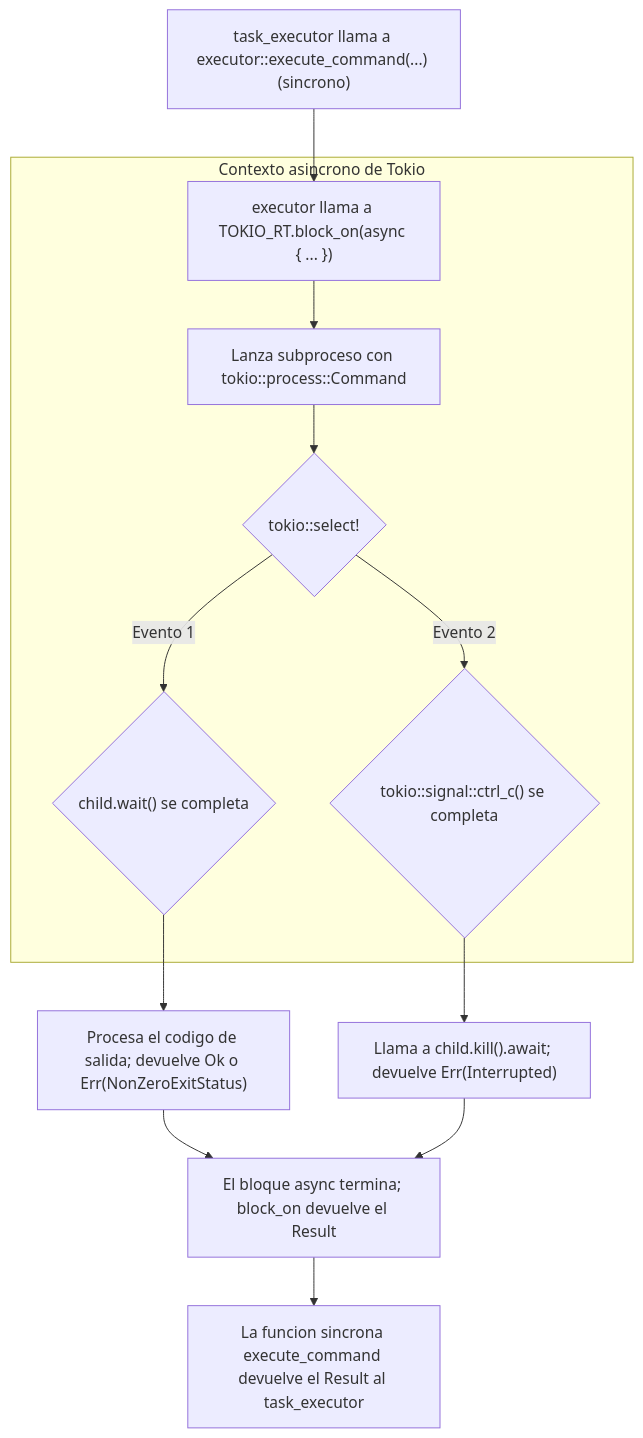
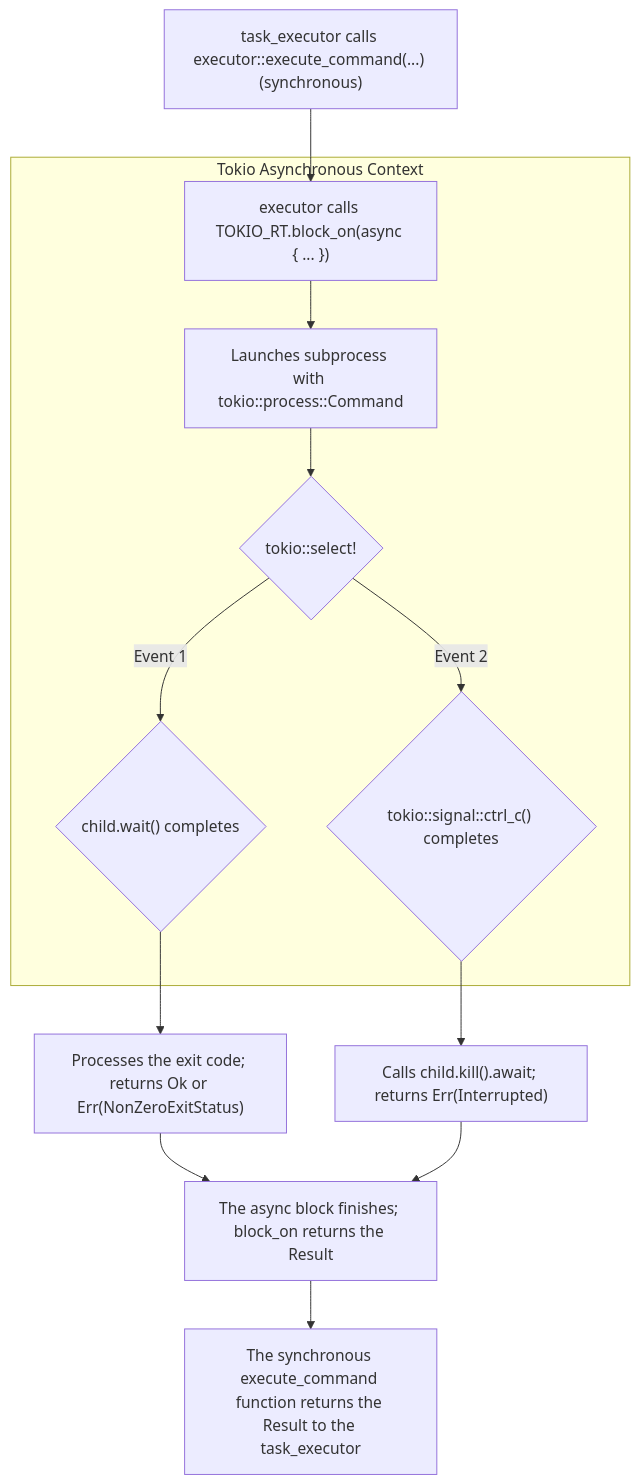
Before and after one commit to RetypeOS/axes: the fifth of 7 diagrams in TECNICAL.md, drawn with Mermaid. The commit also changed other lines of this file and 14 other files, not shown here.

````diff
--- a/TECNICAL.md
+++ b/TECNICAL.md
@@ -275,17 +282,17 @@
     ```mermaid
     graph TD
-    A["task_executor llama a executor::execute_command(...) (sincrono)"] --> B["executor llama a TOKIO_RT.block_on(async { ... })"]
+    A["task_executor calls executor::execute_command(...) (synchronous)"] --> B["executor calls TOKIO_RT.block_on(async { ... })"]
 
-    subgraph TokioContext["Contexto asincrono de Tokio"]
-        B --> C["Lanza subproceso con tokio::process::Command"]
+    subgraph TokioContext["Tokio Asynchronous Context"]
+        B --> C["Launches subprocess with tokio::process::Command"]
         C --> D{"tokio::select!"}
-        D -->|Evento 1| E{"child.wait() se completa"}
-        D -->|Evento 2| F{"tokio::signal::ctrl_c() se completa"}
+        D -->|Event 1| E{"child.wait() completes"}
+        D -->|Event 2| F{"tokio::signal::ctrl_c() completes"}
     end
 
-    E --> G["Procesa el codigo de salida; devuelve Ok o Err(NonZeroExitStatus)"]
-    F --> H["Llama a child.kill().await; devuelve Err(Interrupted)"]
-    G --> I["El bloque async termina; block_on devuelve el Result"]
+    E --> G["Processes the exit code; returns Ok or Err(NonZeroExitStatus)"]
+    F --> H["Calls child.kill().await; returns Err(Interrupted)"]
+    G --> I["The async block finishes; block_on returns the Result"]
     H --> I
-    I --> J["La funcion sincrona execute_command devuelve el Result al task_executor"]
+    I --> J["The synchronous execute_command function returns the Result to the task_executor"]
     ```
````
